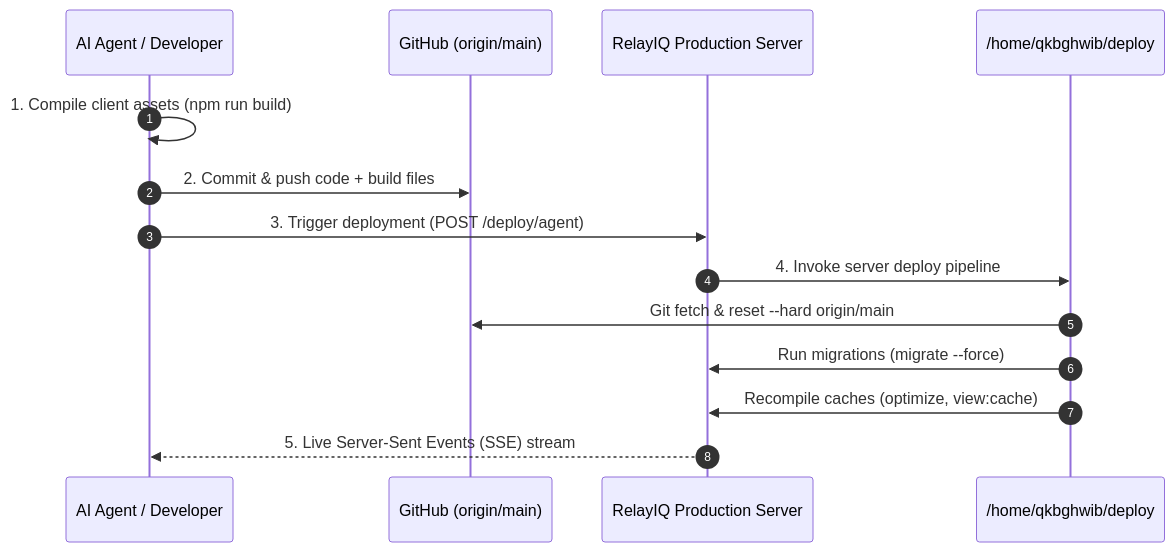
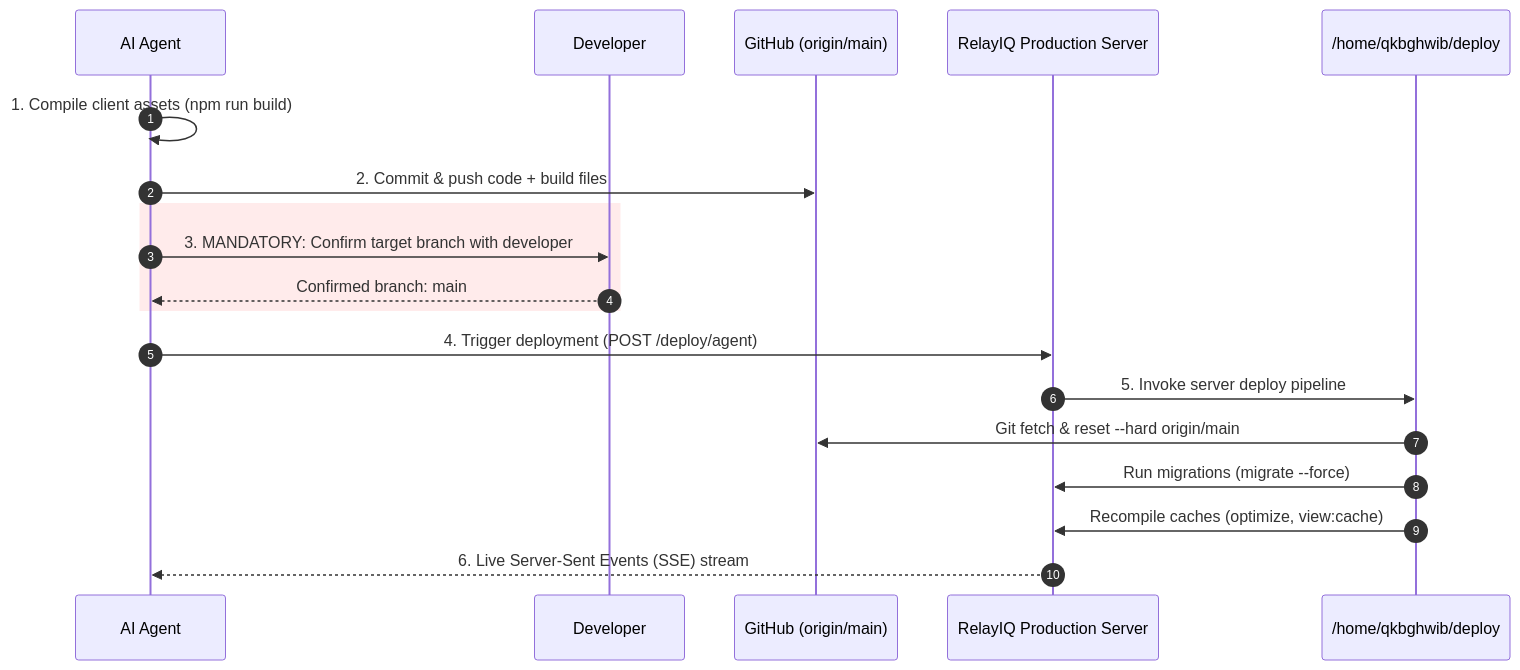
Before and after one commit to ManStevoh/SAVIT_CHAT_BOT_SYSTEM: the diagram in docs/technical/AGENT_DEPLOYMENT_GUIDE.md, drawn with Mermaid. The commit also changed other lines of this file and 2 other files, not shown here.

Commit message:
docs: enforce mandatory developer branch confirmation rule for all AI agents

````diff
--- a/docs/technical/AGENT_DEPLOYMENT_GUIDE.md
+++ b/docs/technical/AGENT_DEPLOYMENT_GUIDE.md
@@ -12,17 +26,22 @@
 ```mermaid
 sequenceDiagram
     autonumber
-    participant Agent as AI Agent / Developer
+    participant Agent as AI Agent
+    participant Dev as Developer
     participant Git as GitHub (origin/main)
     participant Server as RelayIQ Production Server
     participant Script as /home/qkbghwib/deploy
 
     Agent->>Agent: 1. Compile client assets (npm run build)
     Agent->>Git: 2. Commit & push code + build files
-    Agent->>Server: 3. Trigger deployment (POST /deploy/agent)
-    Server->>Script: 4. Invoke server deploy pipeline
+    rect rgb(255, 235, 235)
+    Agent->>Dev: 3. MANDATORY: Confirm target branch with developer
+    Dev-->>Agent: Confirmed branch: main
+    end
+    Agent->>Server: 4. Trigger deployment (POST /deploy/agent)
+    Server->>Script: 5. Invoke server deploy pipeline
     Script->>Git: Git fetch & reset --hard origin/main
     Script->>Server: Run migrations (migrate --force)
     Script->>Server: Recompile caches (optimize, view:cache)
-    Server-->>Agent: 5. Live Server-Sent Events (SSE) stream
+    Server-->>Agent: 6. Live Server-Sent Events (SSE) stream
 ```
````
